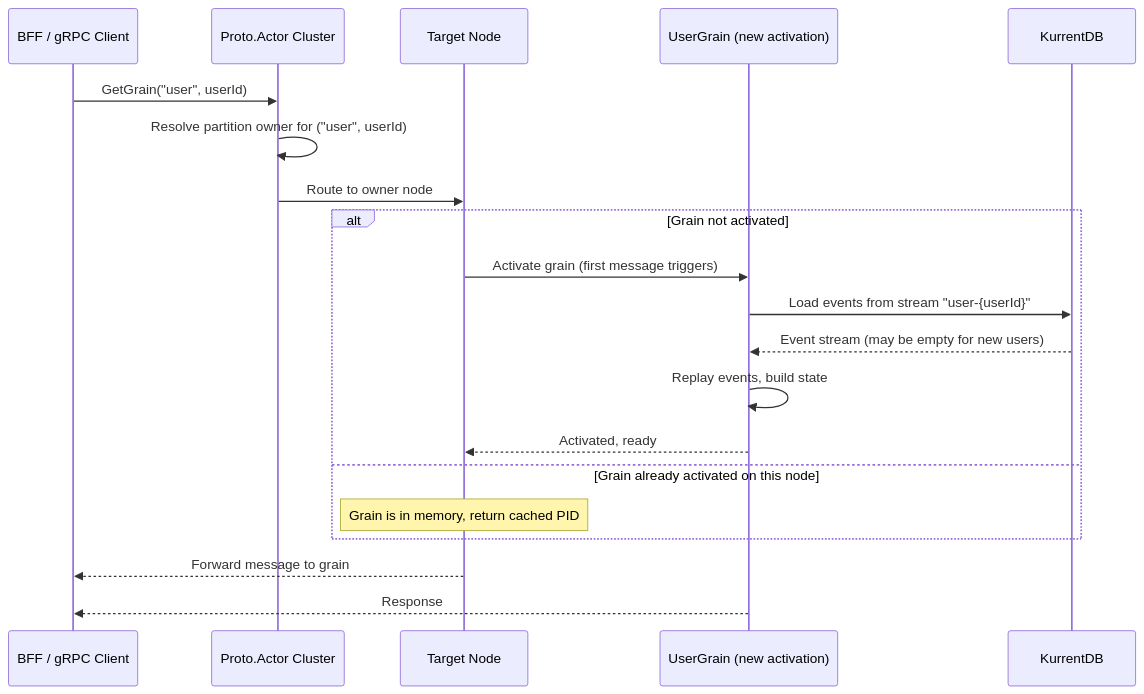
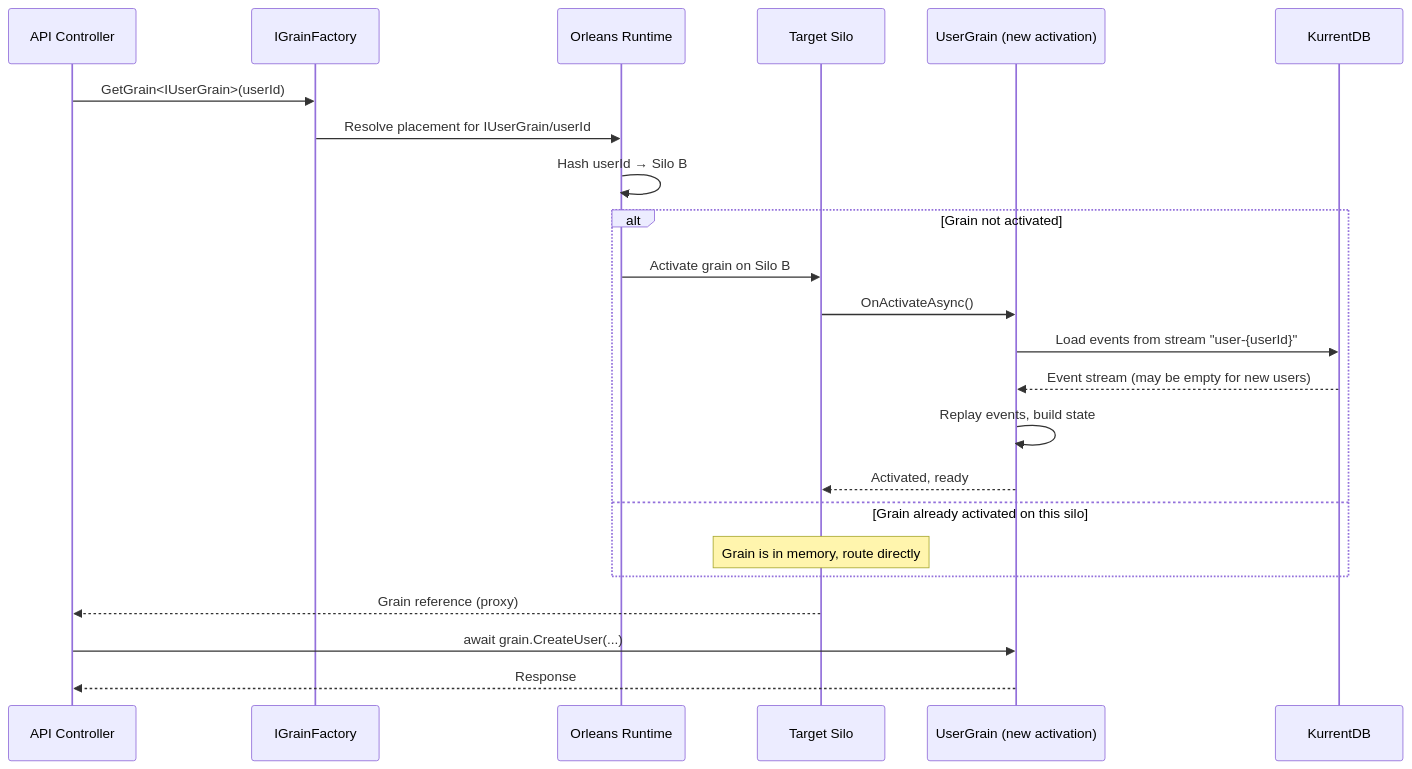
One commit to lekhasy/Vut changed the fourth of 19 diagrams in epics/01-epic-first-signin-org/architecture/architecture.md. Above: the diagram before and after it, drawn with Mermaid. The commit also changed other lines of this file and 32 other files, not shown here.

````diff
--- a/epics/01-epic-first-signin-org/architecture/architecture.md
+++ b/epics/01-epic-first-signin-org/architecture/architecture.md
@@ -223,25 +254,28 @@
 ```mermaid
 sequenceDiagram
-    participant Client as BFF / gRPC Client
-    participant Cluster as Proto.Actor Cluster
-    participant Node as Target Node
+    participant Client as API Controller
+    participant Factory as IGrainFactory
+    participant Runtime as Orleans Runtime
+    participant Silo as Target Silo
     participant Grain as UserGrain (new activation)
     participant ES as KurrentDB
 
-    Client->>Cluster: GetGrain("user", userId)
-    Cluster->>Cluster: Resolve partition owner for ("user", userId)
-    Cluster->>Node: Route to owner node
+    Client->>Factory: GetGrain<IUserGrain>(userId)
+    Factory->>Runtime: Resolve placement for IUserGrain/userId
+    Runtime->>Runtime: Hash userId → Silo B
 
     alt Grain not activated
-        Node->>Grain: Activate grain (first message triggers)
+        Runtime->>Silo: Activate grain on Silo B
+        Silo->>Grain: OnActivateAsync()
         Grain->>ES: Load events from stream "user-{userId}"
         ES-->>Grain: Event stream (may be empty for new users)
         Grain->>Grain: Replay events, build state
-        Grain-->>Node: Activated, ready
-    else Grain already activated on this node
-        Note over Node: Grain is in memory, return cached PID
+        Grain-->>Silo: Activated, ready
+    else Grain already activated on this silo
+        Note over Silo: Grain is in memory, route directly
     end
 
-    Node-->>Client: Forward message to grain
+    Silo-->>Client: Grain reference (proxy)
+    Client->>Grain: await grain.CreateUser(...)
     Grain-->>Client: Response
 ```
````
